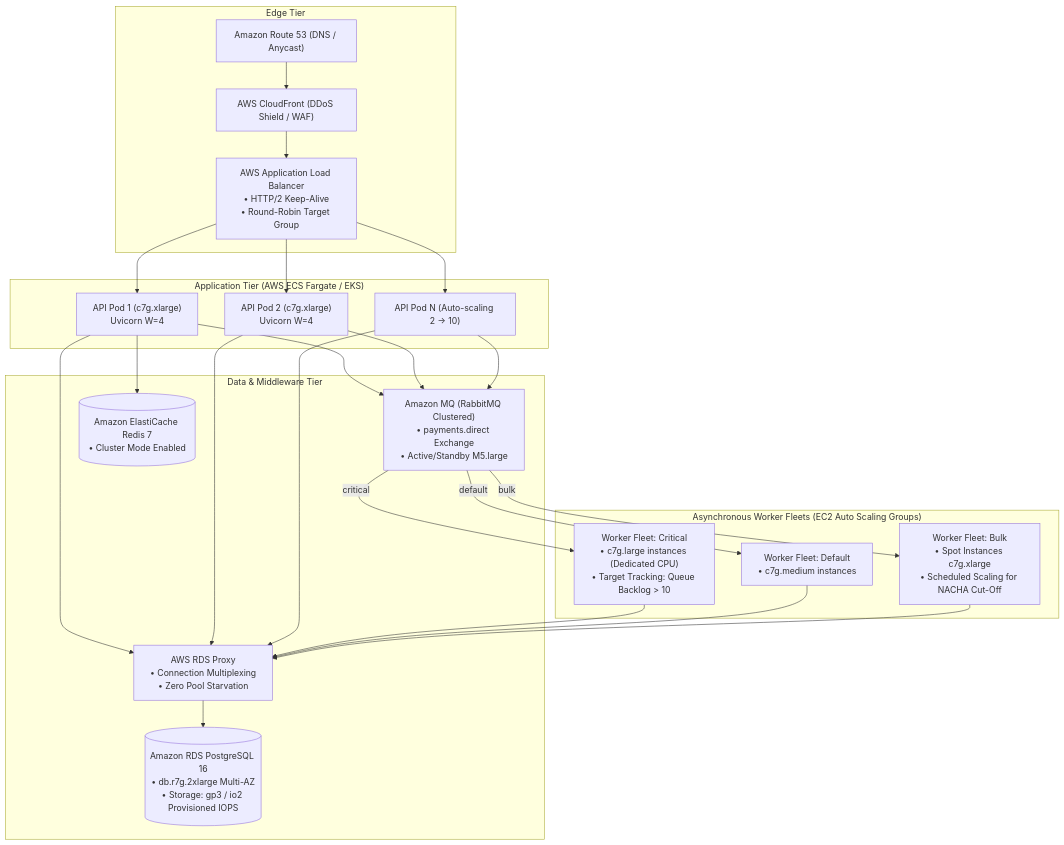
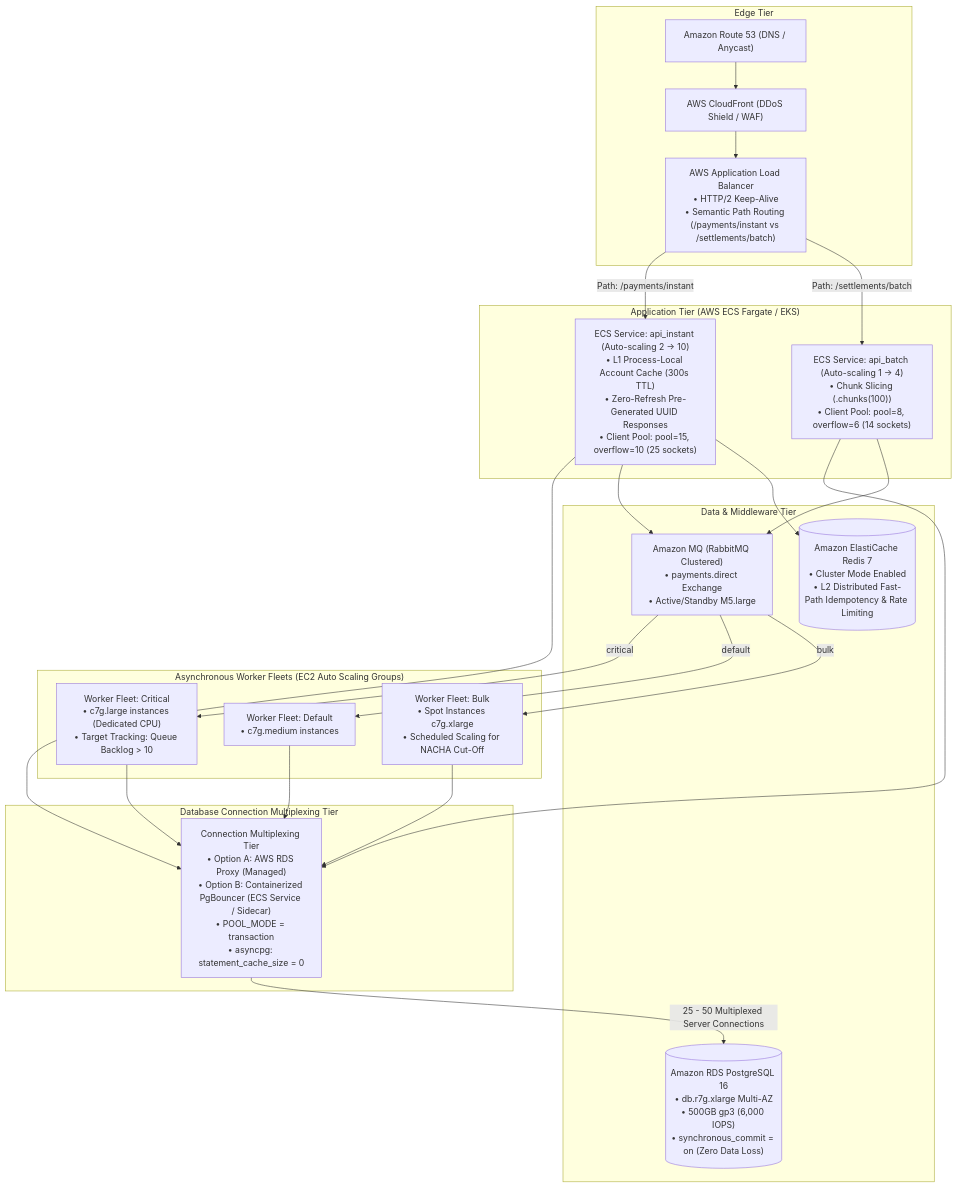
One commit to Santiagus/Python changed the third of 7 diagrams in Celery/2_Advanced_Celery_Topics/03_routing_and_capacity/docs/CAPACITY_NOTE.md. Above: the diagram before and after it, drawn with Mermaid. The commit also changed other lines of this file and 3 other files, not shown here.

Commit message:
docs: harmonize CAPACITY_NOTE.md with latest benchmarks, connection multiplexing, and AWS sizing

````diff
--- a/Celery/2_Advanced_Celery_Topics/03_routing_and_capacity/docs/CAPACITY_NOTE.md
+++ b/Celery/2_Advanced_Celery_Topics/03_routing_and_capacity/docs/CAPACITY_NOTE.md
@@ -325,37 +328,36 @@
 ```mermaid
 flowchart TD
     subgraph Edge["Edge Tier"]
         Route53["Amazon Route 53 (DNS / Anycast)"] --> CloudFront["AWS CloudFront (DDoS Shield / WAF)"]
-        CloudFront --> ALB["AWS Application Load Balancer<br/>• HTTP/2 Keep-Alive<br/>• Round-Robin Target Group"]
+        CloudFront --> ALB["AWS Application Load Balancer<br/>• HTTP/2 Keep-Alive<br/>• Semantic Path Routing (/payments/instant vs /settlements/batch)"]
     end
 
     subgraph Compute["Application Tier (AWS ECS Fargate / EKS)"]
-        ALB --> Pod1["API Pod 1 (c7g.xlarge)<br/>Uvicorn W=4"]
-        ALB --> Pod2["API Pod 2 (c7g.xlarge)<br/>Uvicorn W=4"]
-        ALB --> PodN["API Pod N (Auto-scaling 2 -> 10)"]
+        ALB -->|"Path: /payments/instant"| Pod_Inst["ECS Service: api_instant (Auto-scaling 2 -> 10)<br/>• L1 Process-Local Account Cache (300s TTL)<br/>• Zero-Refresh Pre-Generated UUID Responses<br/>• Client Pool: pool=15, overflow=10 (25 sockets)"]
+        ALB -->|"Path: /settlements/batch"| Pod_Batch["ECS Service: api_batch (Auto-scaling 1 -> 4)<br/>• Chunk Slicing (.chunks(100))<br/>• Client Pool: pool=8, overflow=6 (14 sockets)"]
+    end
+
+    subgraph MultiplexingTier["Database Connection Multiplexing Tier"]
+        Pod_Inst --> Pooler["Connection Multiplexing Tier<br/>• Option A: AWS RDS Proxy (Managed)<br/>• Option B: Containerized PgBouncer (ECS Service / Sidecar)<br/>• POOL_MODE = transaction<br/>• asyncpg: statement_cache_size = 0"]
+        Pod_Batch --> Pooler
     end
 
     subgraph DataTier["Data & Middleware Tier"]
-        Pod1 --> RDSProxy["AWS RDS Proxy<br/>• Connection Multiplexing<br/>• Zero Pool Starvation"]
-        Pod2 --> RDSProxy
-        PodN --> RDSProxy
+        Pooler -->|"25 - 50 Multiplexed Server Connections"| RDS[("Amazon RDS PostgreSQL 16<br/>• db.r7g.xlarge Multi-AZ<br/>• 500GB gp3 (6,000 IOPS)<br/>• synchronous_commit = on (Zero Data Loss)")]
 
-        RDSProxy --> RDS[("Amazon RDS PostgreSQL 16<br/>• db.r7g.2xlarge Multi-AZ<br/>• Storage: gp3 / io2 Provisioned IOPS")]
+        Pod_Inst --> RMQ["Amazon MQ (RabbitMQ Clustered)<br/>• payments.direct Exchange<br/>• Active/Standby M5.large"]
+        Pod_Batch --> RMQ
 
-        Pod1 --> RMQ["Amazon MQ (RabbitMQ Clustered)<br/>• payments.direct Exchange<br/>• Active/Standby M5.large"]
-        Pod2 --> RMQ
-        PodN --> RMQ
-
-        Pod1 --> Redis[("Amazon ElastiCache Redis 7<br/>• Cluster Mode Enabled")]
+        Pod_Inst --> Redis[("Amazon ElastiCache Redis 7<br/>• Cluster Mode Enabled<br/>• L2 Distributed Fast-Path Idempotency & Rate Limiting")]
     end
 
     subgraph WorkerFleet["Asynchronous Worker Fleets (EC2 Auto Scaling Groups)"]
-        RMQ -->|"critical"| ASG_Crit["Worker Fleet: Critical<br/>• c7g.large instances (Dedicated CPU)<br/>• Target Tracking: Queue Backlog &gt; 10"]
+        RMQ -->|"critical"| ASG_Crit["Worker Fleet: Critical<br/>• c7g.large instances (Dedicated CPU)<br/>• Target Tracking: Queue Backlog > 10"]
         RMQ -->|"default"| ASG_Def["Worker Fleet: Default<br/>• c7g.medium instances"]
         RMQ -->|"bulk"| ASG_Bulk["Worker Fleet: Bulk<br/>• Spot Instances c7g.xlarge<br/>• Scheduled Scaling for NACHA Cut-Off"]
 
-        ASG_Crit --> RDSProxy
-        ASG_Def --> RDSProxy
-        ASG_Bulk --> RDSProxy
+        ASG_Crit --> Pooler
+        ASG_Def --> Pooler
+        ASG_Bulk --> Pooler
     end
 ```
````
